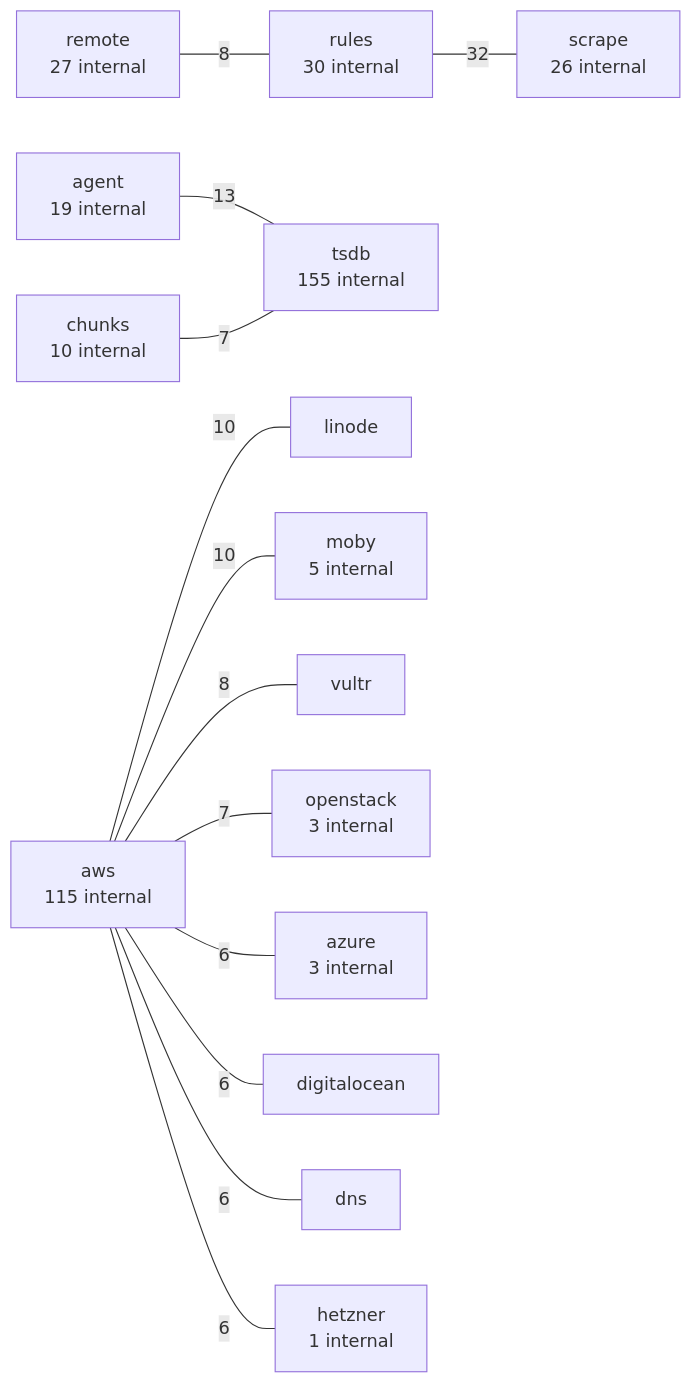
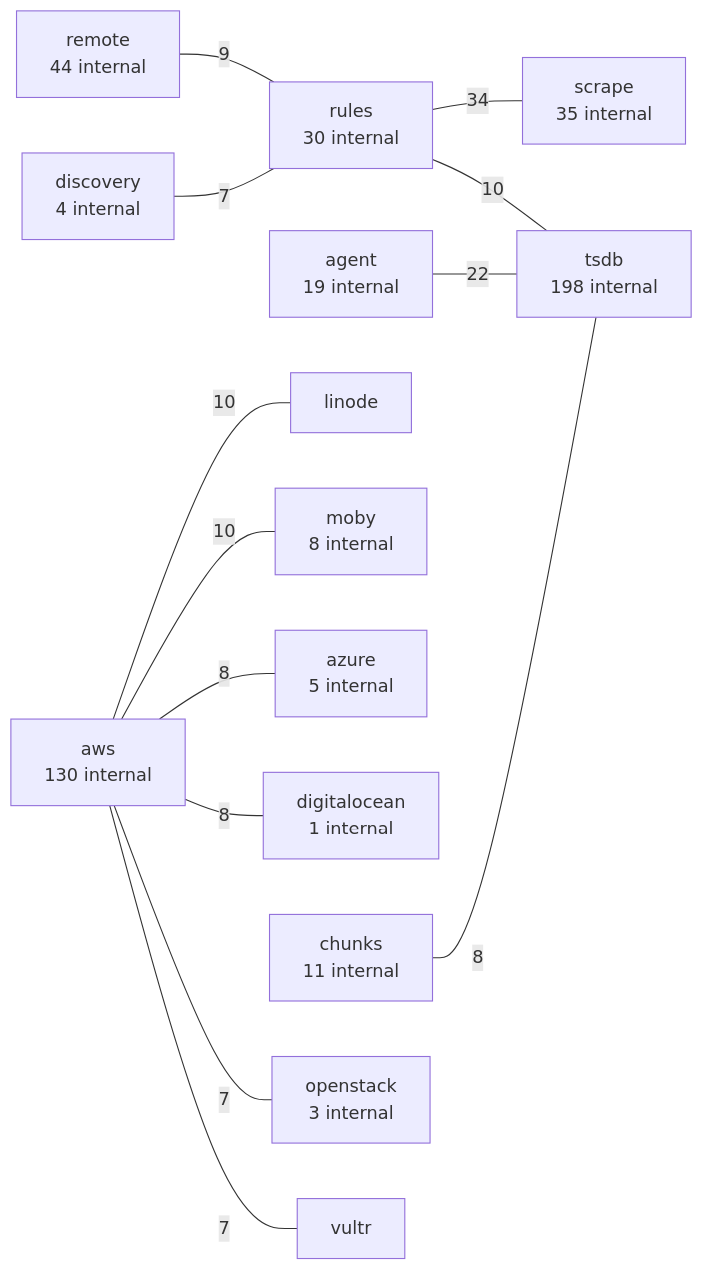
Before and after one commit to LukasSelin/doppel: the second of 6 diagrams in examples/prometheus.md, drawn with Mermaid. The commit also changed other lines of this file and 6 other files, not shown here.

````diff
--- a/examples/prometheus.md
+++ b/examples/prometheus.md
@@ -124,30 +124,29 @@
 ```mermaid
 flowchart LR
     p0["rules<br/>30 internal"]
-    p1["scrape<br/>26 internal"]
-    p0 ---|"32"| p1
+    p1["scrape<br/>35 internal"]
+    p0 ---|"34"| p1
     p2["agent<br/>19 internal"]
-    p3["tsdb<br/>155 internal"]
-    p2 ---|"13"| p3
-    p4["aws<br/>115 internal"]
+    p3["tsdb<br/>198 internal"]
+    p2 ---|"22"| p3
+    p4["aws<br/>130 internal"]
     p5["linode"]
     p4 ---|"10"| p5
-    p6["moby<br/>5 internal"]
+    p6["moby<br/>8 internal"]
     p4 ---|"10"| p6
-    p7["vultr"]
-    p4 ---|"8"| p7
-    p8["remote<br/>27 internal"]
-    p8 ---|"8"| p0
-    p9["openstack<br/>3 internal"]
-    p4 ---|"7"| p9
-    p10["chunks<br/>10 internal"]
-    p10 ---|"7"| p3
-    p11["azure<br/>3 internal"]
-    p4 ---|"6"| p11
-    p12["digitalocean"]
-    p4 ---|"6"| p12
-    p13["dns"]
-    p4 ---|"6"| p13
-    p14["hetzner<br/>1 internal"]
-    p4 ---|"6"| p14
+    p0 ---|"10"| p3
+    p7["remote<br/>44 internal"]
+    p7 ---|"9"| p0
+    p8["azure<br/>5 internal"]
+    p4 ---|"8"| p8
+    p9["digitalocean<br/>1 internal"]
+    p4 ---|"8"| p9
+    p10["chunks<br/>11 internal"]
+    p10 ---|"8"| p3
+    p11["openstack<br/>3 internal"]
+    p4 ---|"7"| p11
+    p12["vultr"]
+    p4 ---|"7"| p12
+    p13["discovery<br/>4 internal"]
+    p13 ---|"7"| p0
 ```
````
